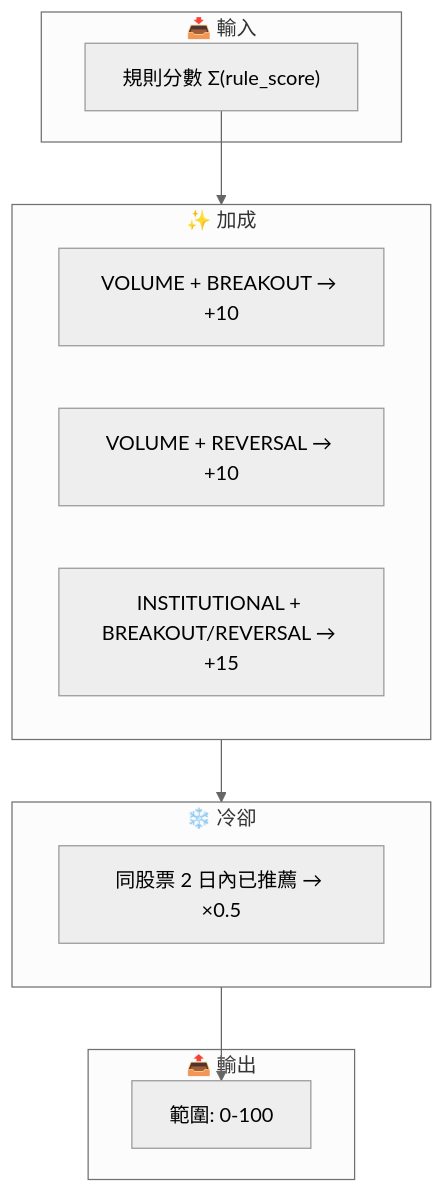
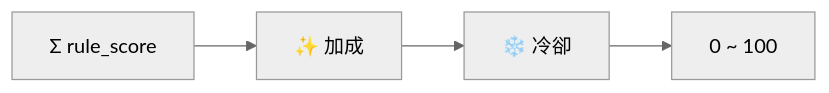
The third of 3 diagrams in docs/RULE_ENGINE.md (Neal75418/afterclose), drawn with Mermaid (neutral theme) before and after one commit. The commit also changed other lines of this file and 2 other files, not shown here.

First line of the commit message:
docs: 更新 CLAUDE.md、README.md、RULE_ENGINE.md 貼近實際代碼

````diff
--- a/docs/RULE_ENGINE.md
+++ b/docs/RULE_ENGINE.md
@@ -172,22 +172,6 @@
 ```mermaid
-flowchart TB
-    subgraph Input["📥 輸入"]
-        Rules["規則分數 Σ(rule_score)"]
-    end
-
-    subgraph Bonus["✨ 加成"]
-        B1["VOLUME + BREAKOUT → +10"]
-        B2["VOLUME + REVERSAL → +10"]
-        B3["INSTITUTIONAL + BREAKOUT/REVERSAL → +15"]
-    end
-
-    subgraph Penalty["❄️ 冷卻"]
-        P1["同股票 2 日內已推薦 → ×0.5"]
-    end
-
-    subgraph Output["📤 輸出"]
-        Cap["範圍: 0-100"]
-    end
-
-    Rules --> Bonus --> Penalty --> Cap
+flowchart LR
+    Rules["Σ rule_score"] --> Bonus["✨ 加成"]
+    Bonus --> Cooldown["❄️ 冷卻"]
+    Cooldown --> Cap["0 ~ 100"]
 ```
````
